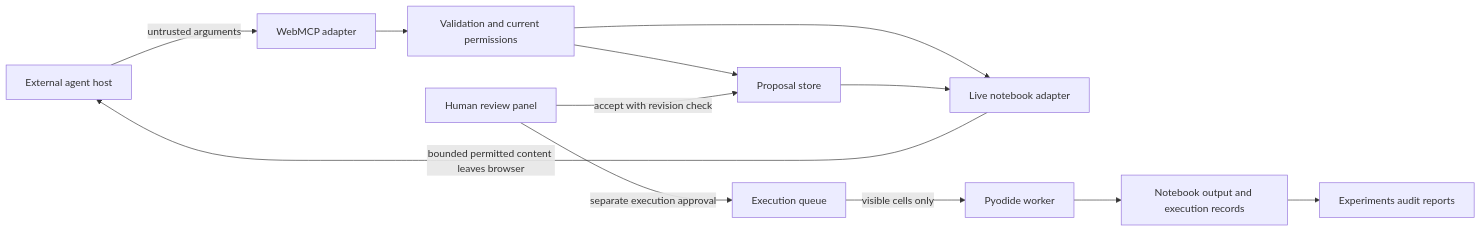
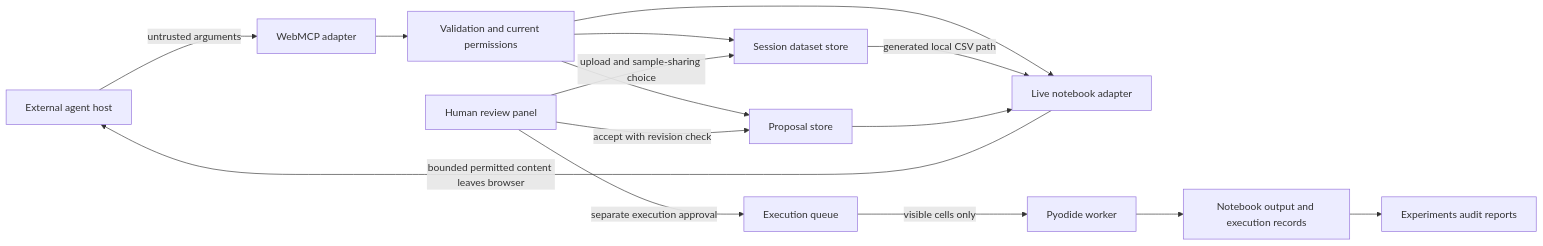
Before and after one commit to HICHAM-RK/notebookpilot: the first of 2 diagrams in docs/ARCHITECTURE.md, drawn with Mermaid. The commit also changed other lines of this file and 18 other files, not shown here.

Commit message:
feat: add human-controlled CSV upload flow

````diff
--- a/docs/ARCHITECTURE.md
+++ b/docs/ARCHITECTURE.md
@@ -5,14 +5,17 @@
 ```mermaid
 flowchart LR
     Agent[External agent host] -->|untrusted arguments| W[WebMCP adapter]
     W --> V[Validation and current permissions]
     V --> N[Live notebook adapter]
+    V --> D[Session dataset store]
     V --> P[Proposal store]
+    Human -->|upload and sample-sharing choice| D
+    D -->|generated local CSV path| N
     Human[Human review panel] -->|accept with revision check| P
     P --> N
     Human -->|separate execution approval| Q[Execution queue]
     Q -->|visible cells only| K[Pyodide worker]
     N -->|bounded permitted content leaves browser| Agent
     K --> O[Notebook output and execution records]
     O --> R[Experiments audit reports]
 ```
````
